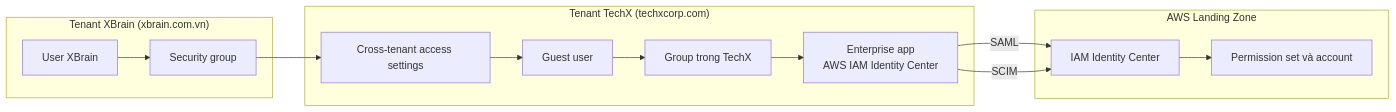
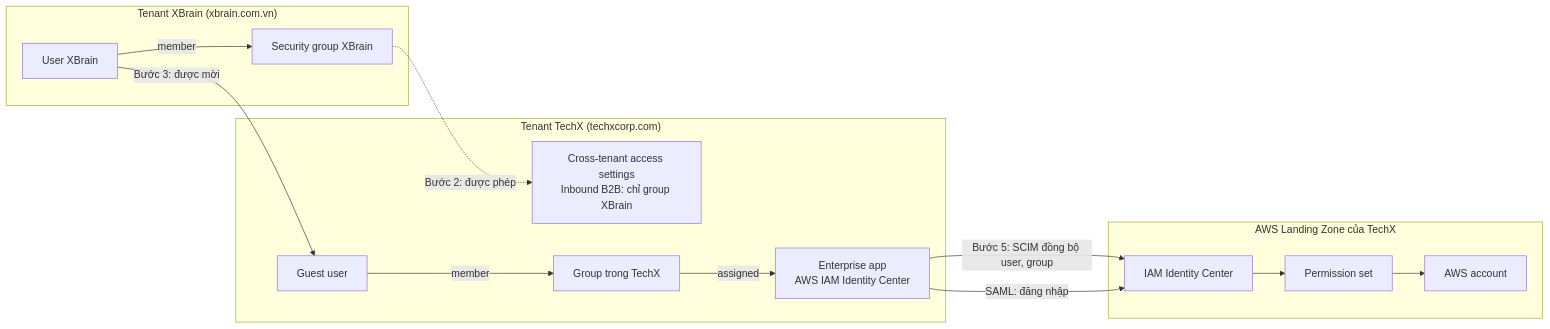
Before and after one commit to thidinh-xbrain2/techx-devops-docs: the first of 2 diagrams in docs/01-cross-tenant-access.md, drawn with Mermaid. The commit also changed other lines of this file, not shown here.

Commit message:
docs: fix mermaid flows, add evidence checklist

````diff
--- a/docs/01-cross-tenant-access.md
+++ b/docs/01-cross-tenant-access.md
@@ -18,18 +18,26 @@
 ```mermaid
 flowchart LR
   subgraph X["Tenant XBrain (xbrain.com.vn)"]
-    XU[User XBrain] --> XG[Security group]
+    XU[User XBrain]
+    XG[Security group XBrain]
+    XU -->|member| XG
   end
   subgraph T["Tenant TechX (techxcorp.com)"]
-    CTA[Cross-tenant access settings]
+    CTA["Cross-tenant access settings<br/>Inbound B2B: chỉ group XBrain"]
     GU[Guest user]
     TG[Group trong TechX]
-    APP[Enterprise app<br/>AWS IAM Identity Center]
+    APP["Enterprise app<br/>AWS IAM Identity Center"]
+    GU -->|member| TG
+    TG -->|assigned| APP
   end
-  subgraph A[AWS Landing Zone]
-    IIC[IAM Identity Center] --> PS[Permission set và account]
+  subgraph A[AWS Landing Zone của TechX]
+    IIC[IAM Identity Center]
+    PS[Permission set]
+    ACC[AWS account]
+    IIC --> PS --> ACC
   end
-  XG --> CTA --> GU --> TG --> APP
-  APP -->|SAML| IIC
-  APP -->|SCIM| IIC
+  XG -.->|"Bước 2: được phép"| CTA
+  XU -->|"Bước 3: được mời"| GU
+  APP -->|"Bước 5: SCIM đồng bộ user, group"| IIC
+  APP -->|"SAML: đăng nhập"| IIC
 ```
````
